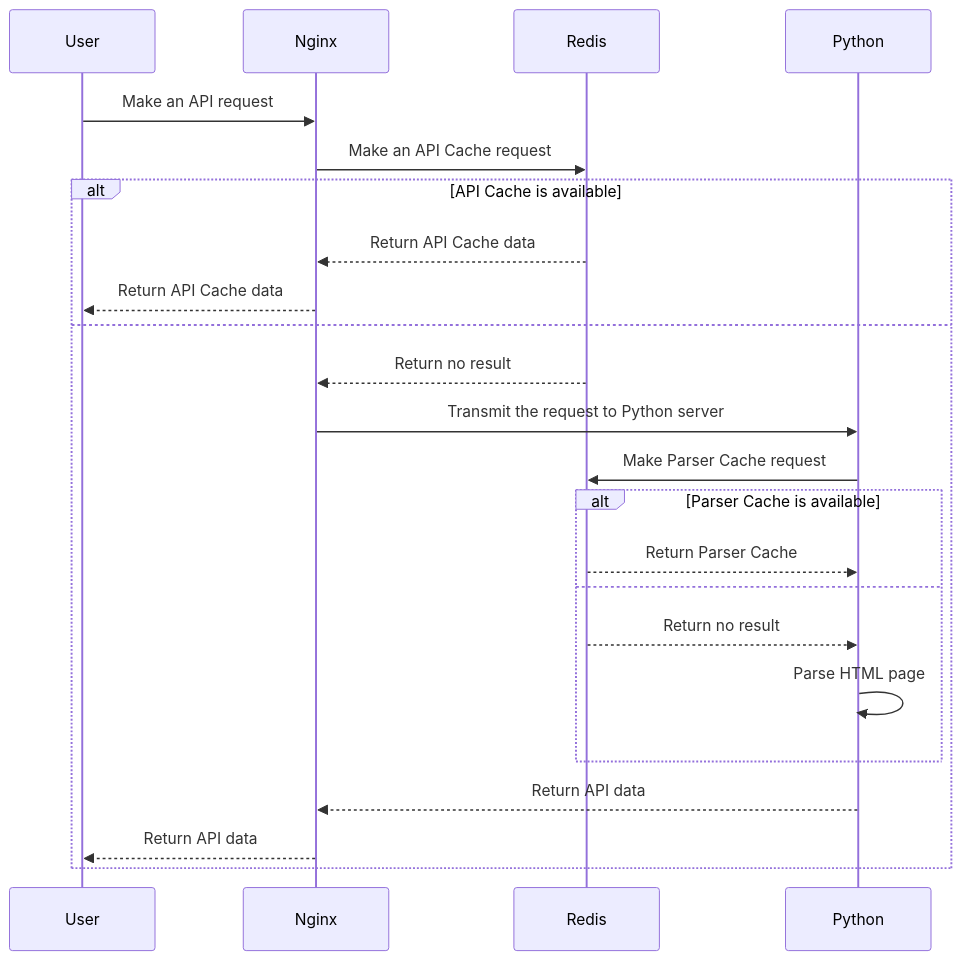
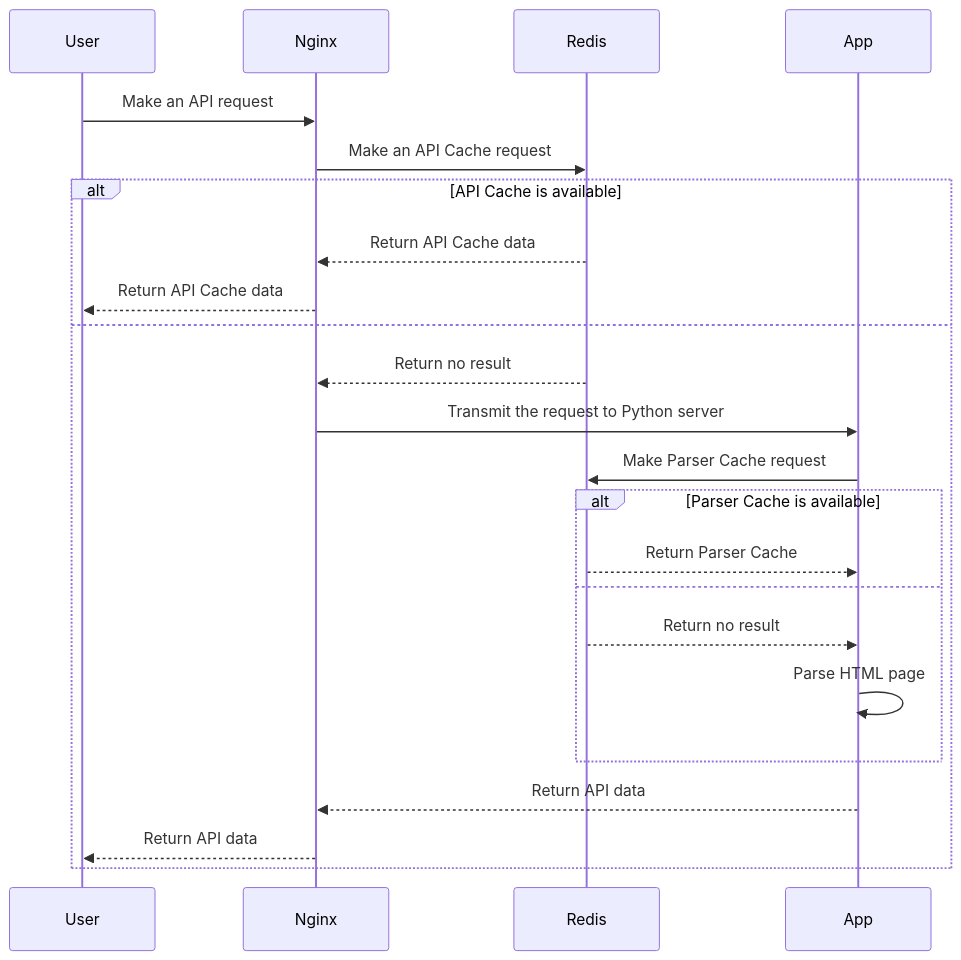
Before and after one commit to TeKrop/overfast-api: the first of 3 diagrams in README.md, drawn with Mermaid. The commit also changed other lines of this file and 132 other files, not shown here.

````diff
--- a/README.md
+++ b/README.md
@@ -177,22 +175,22 @@
 ```mermaid
 sequenceDiagram
     participant User
     User->>Nginx: Make an API request
     Nginx->>Redis: Make an API Cache request
     alt API Cache is available
         Redis-->>Nginx: Return API Cache data
         Nginx-->>User: Return API Cache data
     else
         Redis-->>Nginx: Return no result
-        Nginx->>Python: Transmit the request to Python server
-        Python->>Redis: Make Parser Cache request
+        Nginx->>App: Transmit the request to Python server
+        App->>Redis: Make Parser Cache request
         alt Parser Cache is available
-            Redis-->>Python: Return Parser Cache
+            Redis-->>App: Return Parser Cache
         else
-            Redis-->>Python: Return no result
-            Python->>Python: Parse HTML page
+            Redis-->>App: Return no result
+            App->>App: Parse HTML page
         end
-        Python-->>Nginx: Return API data
+        App-->>Nginx: Return API data
         Nginx-->>User: Return API data
     end
 ```
````
